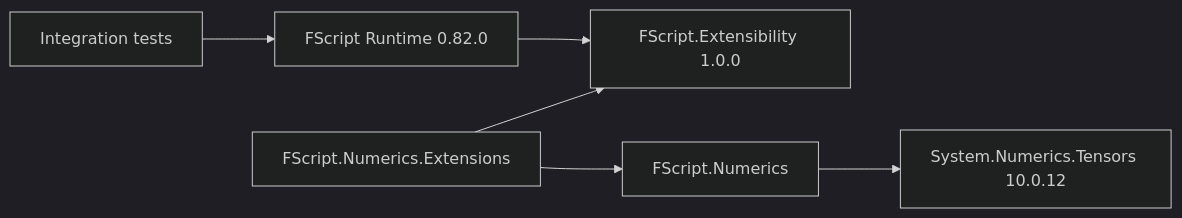
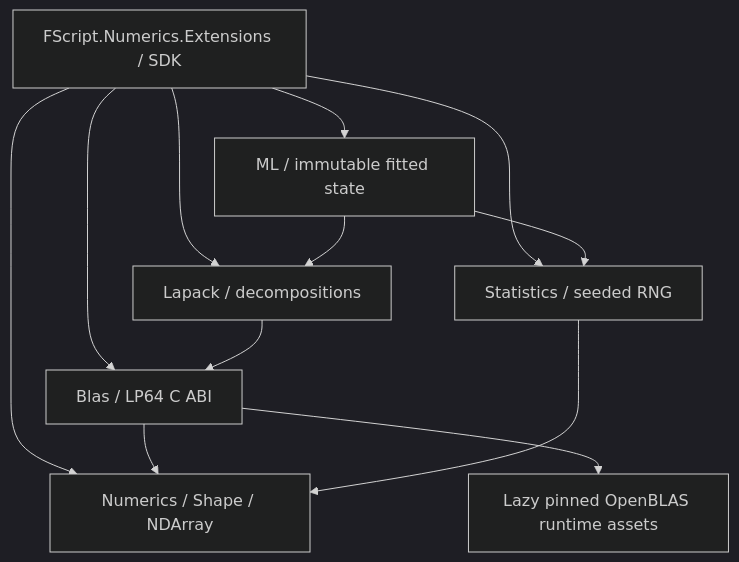
The first of 2 diagrams in docs/architecture/overview.md (FScriptLang/FScript.Numerics), drawn with Mermaid (dark theme) before and after one commit. The commit also changed other lines of this file and 81 other files, not shown here.

Commit message:
feat: expand numerics with native algebra statistics and ML

````diff
--- a/docs/architecture/overview.md
+++ b/docs/architecture/overview.md
@@ -5,8 +5,14 @@
 ```mermaid
-flowchart LR
-  Tests[Integration tests] --> Runtime[FScript Runtime 0.82.0]
-  Runtime --> SDK[FScript.Extensibility 1.0.0]
-  Extension[FScript.Numerics.Extensions] --> SDK
-  Extension --> Core[FScript.Numerics]
-  Core --> Tensors[System.Numerics.Tensors 10.0.12]
+flowchart TD
+    Extensions[FScript.Numerics.Extensions / SDK] --> Core[Numerics / Shape / NDArray]
+    Extensions --> BLAS[Blas / LP64 C ABI]
+    Extensions --> LAPACK[Lapack / decompositions]
+    Extensions --> Stats[Statistics / seeded RNG]
+    Extensions --> ML[ML / immutable fitted state]
+    ML --> LAPACK
+    ML --> Stats
+    LAPACK --> BLAS
+    BLAS --> Core
+    Stats --> Core
+    BLAS --> Native[Lazy pinned OpenBLAS runtime assets]
 ```
````
